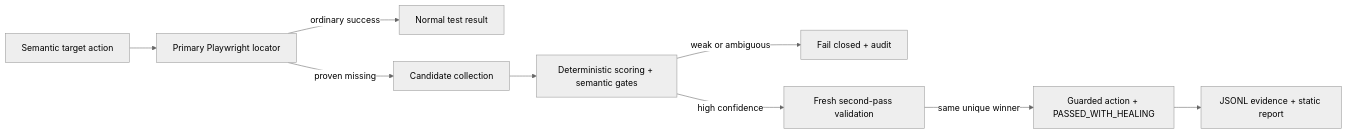
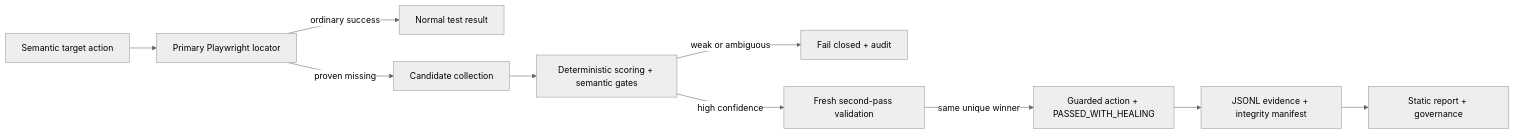
The diagram in README.md (kamenAsenov/aegiloc), drawn with Mermaid (neutral theme) before and after one commit. The commit also changed other lines of this file and 46 other files, not shown here.

````diff
--- a/README.md
+++ b/README.md
@@ -145,11 +156,12 @@
 ```mermaid
 flowchart LR
   A["Semantic target action"] --> B["Primary Playwright locator"]
   B -->|"ordinary success"| C["Normal test result"]
   B -->|"proven missing"| D["Candidate collection"]
   D --> E["Deterministic scoring + semantic gates"]
   E -->|"weak or ambiguous"| F["Fail closed + audit"]
   E -->|"high confidence"| G["Fresh second-pass validation"]
   G -->|"same unique winner"| H["Guarded action + PASSED_WITH_HEALING"]
-  H --> I["JSONL evidence + static report"]
+  H --> I["JSONL evidence + integrity manifest"]
+  I --> J["Static report + governance"]
 ```
````
